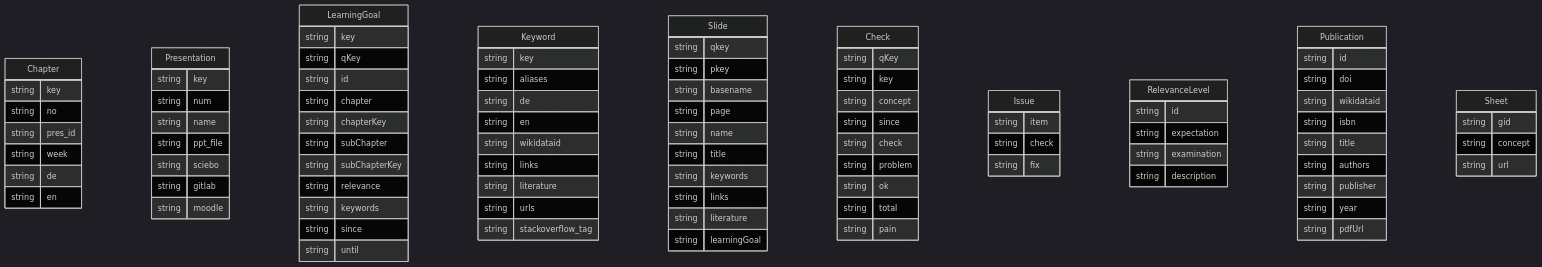
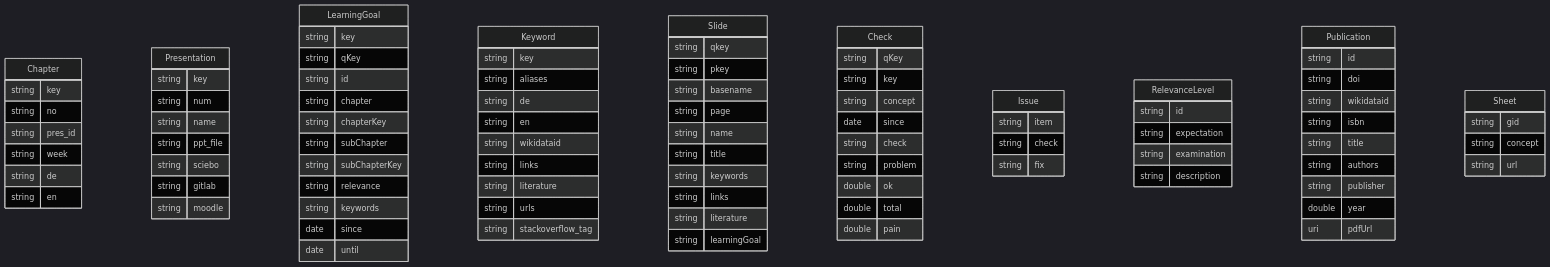
The diagram in examples/teaching/TeachingSchema.mermaid (WolfgangFahl/pyMetaModel), drawn with Mermaid (dark theme) before and after one commit. The commit also changed 21 other files, not shown here.

```diff
--- a/examples/teaching/TeachingSchema.mermaid
+++ b/examples/teaching/TeachingSchema.mermaid
@@ -27,8 +27,8 @@
     string subChapterKey  
     string relevance  
     string keywords  
-    string since  
-    string until  
+    date since  
+    date until  
 }
 Keyword {
     string key  
@@ -57,12 +57,12 @@
     string qKey  
     string key  
     string concept  
-    string since  
+    date since  
     string check  
     string problem  
-    string ok  
-    string total  
-    string pain  
+    double ok  
+    double total  
+    double pain  
 }
 Issue {
     string item  
@@ -83,8 +83,8 @@
     string title  
     string authors  
     string publisher  
-    string year  
-    string pdfUrl  
+    double year  
+    uri pdfUrl  
 }
 Sheet {
     string gid  
```
